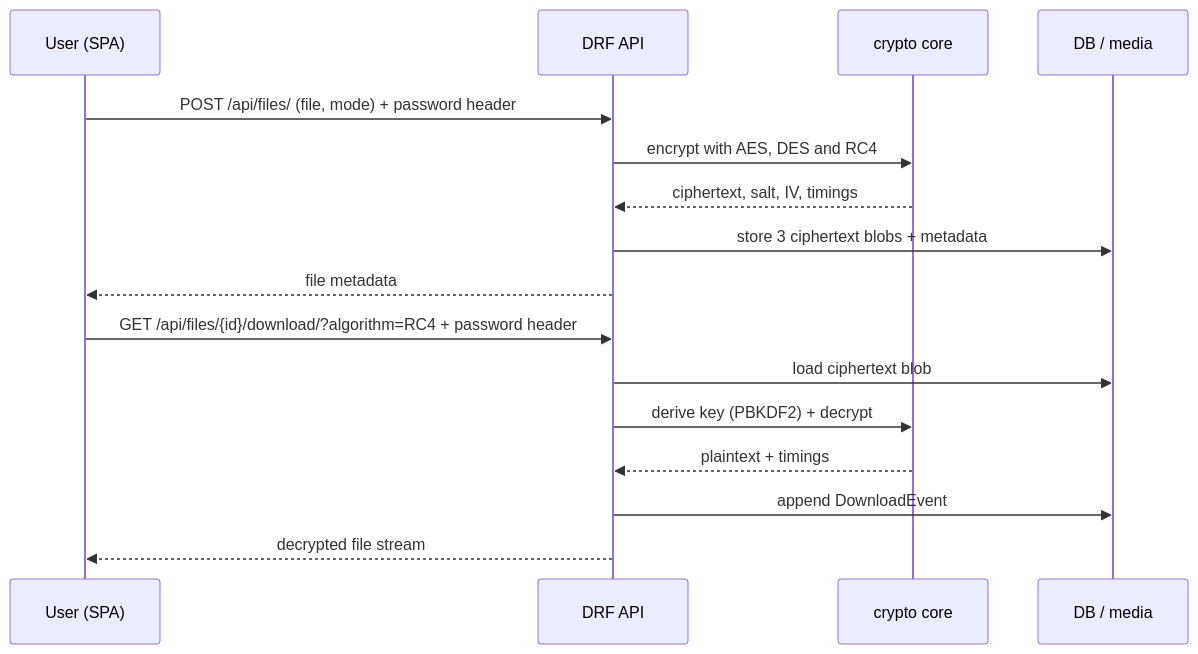
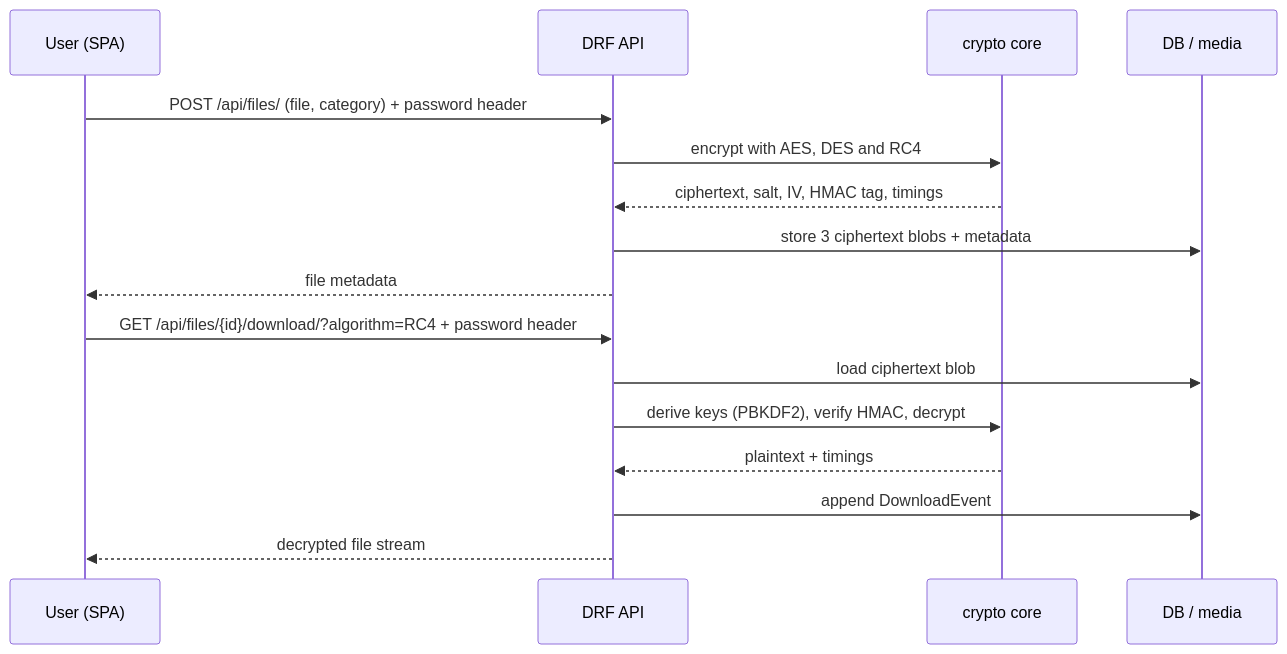
One commit to nittsuj/cipher-safe-backend changed the third of 3 diagrams in README.md. Above: the diagram before and after it, drawn with Mermaid. The commit also changed other lines of this file and 2 other files, not shown here.

````diff
--- a/README.md
+++ b/README.md
@@ -98,20 +129,20 @@
 ```mermaid
 sequenceDiagram
     participant U as User (SPA)
     participant A as DRF API
     participant C as crypto core
     participant D as DB / media
 
-    U->>A: POST /api/files/ (file, mode) + password header
+    U->>A: POST /api/files/ (file, category) + password header
     A->>C: encrypt with AES, DES and RC4
-    C-->>A: ciphertext, salt, IV, timings
+    C-->>A: ciphertext, salt, IV, HMAC tag, timings
     A->>D: store 3 ciphertext blobs + metadata
     A-->>U: file metadata
 
     U->>A: GET /api/files/{id}/download/?algorithm=RC4 + password header
     A->>D: load ciphertext blob
-    A->>C: derive key (PBKDF2) + decrypt
+    A->>C: derive keys (PBKDF2), verify HMAC, decrypt
     C-->>A: plaintext + timings
     A->>D: append DownloadEvent
     A-->>U: decrypted file stream
 ```
````
